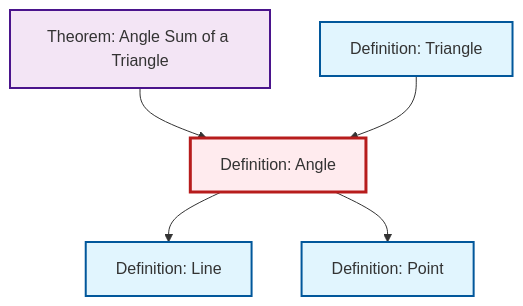
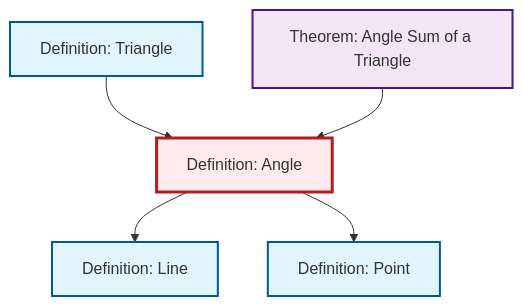
One commit to RK0429/ModernMath changed the diagram in content/en/geometry/def-angle.qmd. Above: the diagram before and after it, drawn with Mermaid. The commit also changed other lines of this file and 672 other files, not shown here.

````diff
--- a/content/en/geometry/def-angle.qmd
+++ b/content/en/geometry/def-angle.qmd
@@ -49,23 +49,23 @@
 ```{mermaid}
 %%| fig-cap: "Local dependency graph"
 graph TD
     classDef definition fill:#e1f5fe,stroke:#01579b,stroke-width:2px
     classDef theorem fill:#f3e5f5,stroke:#4a148c,stroke-width:2px
     classDef axiom fill:#fff3e0,stroke:#e65100,stroke-width:2px
     classDef example fill:#e8f5e9,stroke:#1b5e20,stroke-width:2px
     classDef current fill:#ffebee,stroke:#b71c1c,stroke-width:3px
     def-triangle["Definition: Triangle"]:::definition
+    def-line["Definition: Line"]:::definition
     def-angle["Definition: Angle"]:::definition
+    def-point["Definition: Point"]:::definition
     thm-angle-sum-triangle["Theorem: Angle Sum of a Triangle"]:::theorem
-    def-line["Definition: Line"]:::definition
-    def-point["Definition: Point"]:::definition
-    thm-angle-sum-triangle --> def-angle
     def-angle --> def-line
     def-triangle --> def-angle
     def-angle --> def-point
+    thm-angle-sum-triangle --> def-angle
     class def-angle current
     click def-triangle "def-triangle.html" "Go to Triangle definition"
-    click thm-angle-sum-triangle "thm-angle-sum-triangle.html" "Go to Angle Sum of a Triangle theorem"
     click def-line "def-line.html" "Go to Line definition"
     click def-point "def-point.html" "Go to Point definition"
+    click thm-angle-sum-triangle "thm-angle-sum-triangle.html" "Go to Angle Sum of a Triangle theorem"
 ```
````
